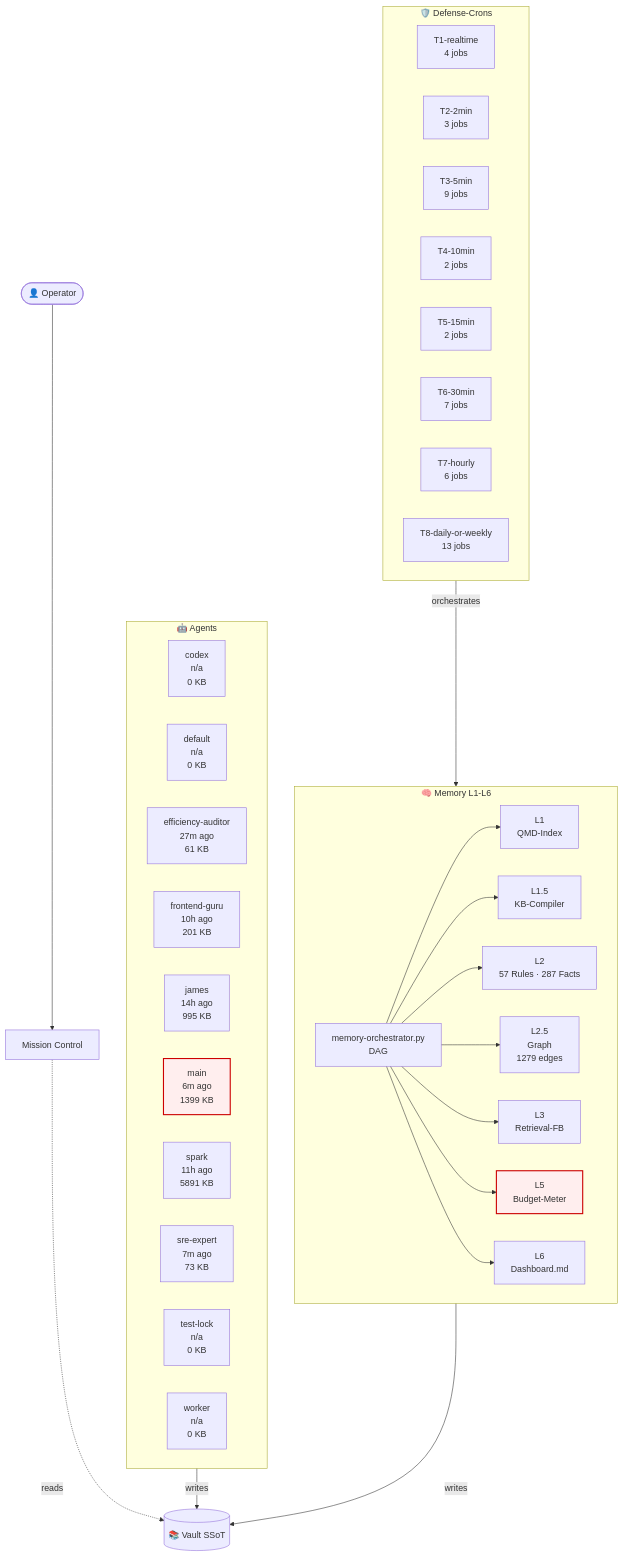
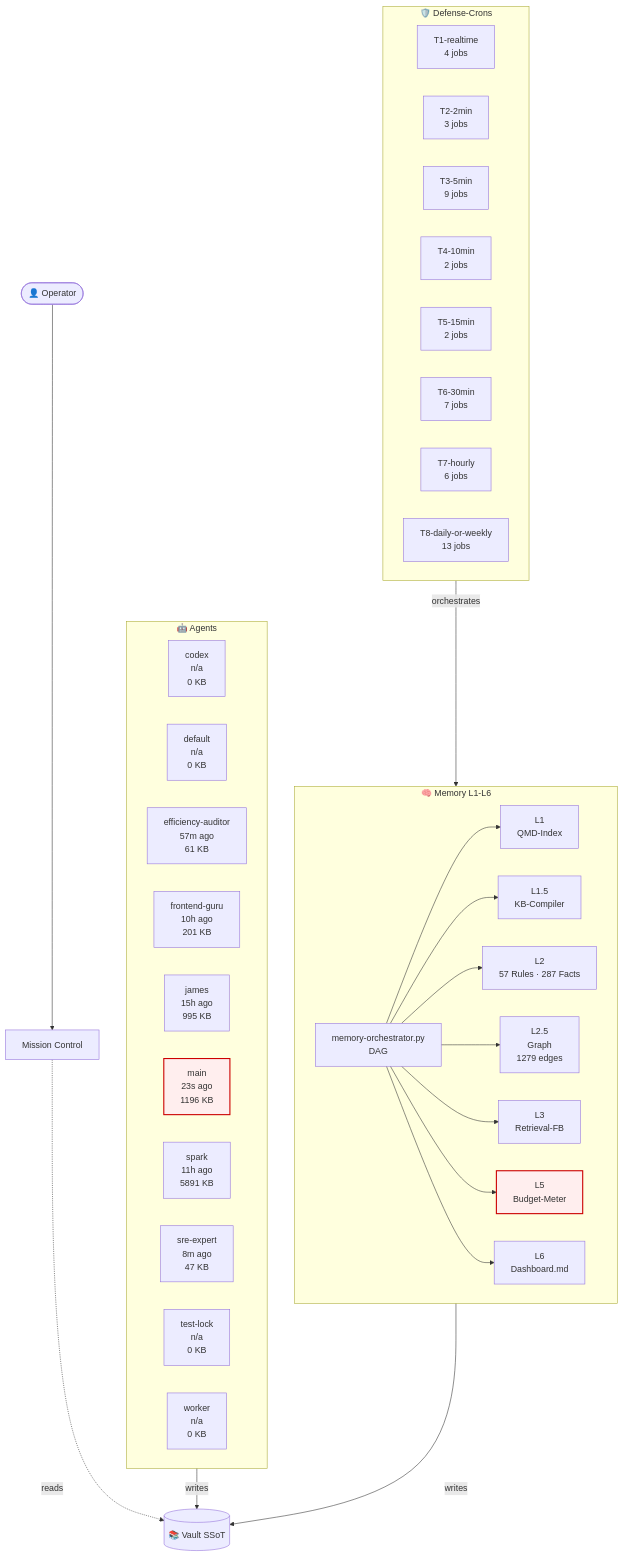
The diagram in 03-Agents/architecture-live.md (lenardhuebner88-rgb/openclaw-memory), drawn with Mermaid before and after one commit. The commit also changed other lines of this file and 5 other files, not shown here.

````diff
--- a/03-Agents/architecture-live.md
+++ b/03-Agents/architecture-live.md
@@ -18,53 +18,53 @@
 ```mermaid
 flowchart TB
     classDef critical fill:#fee,stroke:#c00,stroke-width:2px;
     subgraph AGT["🤖 Agents"]
         agent_codex["codex<br/>n/a<br/>0 KB"]
         agent_default["default<br/>n/a<br/>0 KB"]
-        agent_efficiency_auditor["efficiency-auditor<br/>27m ago<br/>61 KB"]
+        agent_efficiency_auditor["efficiency-auditor<br/>57m ago<br/>61 KB"]
         agent_frontend_guru["frontend-guru<br/>10h ago<br/>201 KB"]
-        agent_james["james<br/>14h ago<br/>995 KB"]
-        agent_main["main<br/>6m ago<br/>1399 KB"]
+        agent_james["james<br/>15h ago<br/>995 KB"]
+        agent_main["main<br/>23s ago<br/>1196 KB"]
         agent_spark["spark<br/>11h ago<br/>5891 KB"]
-        agent_sre_expert["sre-expert<br/>7m ago<br/>73 KB"]
+        agent_sre_expert["sre-expert<br/>8m ago<br/>47 KB"]
         agent_test_lock["test-lock<br/>n/a<br/>0 KB"]
         agent_worker["worker<br/>n/a<br/>0 KB"]
     end
     subgraph MEM["🧠 Memory L1-L6"]
         L1["L1<br/>QMD-Index"]
         L15["L1.5<br/>KB-Compiler"]
         L2["L2<br/>57 Rules · 287 Facts"]
         L25["L2.5<br/>Graph<br/>1279 edges"]
         L3["L3<br/>Retrieval-FB"]
         L5["L5<br/>Budget-Meter"]
         L6["L6<br/>Dashboard.md"]
         ORCH["memory-orchestrator.py<br/>DAG"]
     end
     subgraph CRN["🛡️ Defense-Crons"]
         tier_T1_realtime["T1-realtime<br/>4 jobs"]
         tier_T2_2min["T2-2min<br/>3 jobs"]
         tier_T3_5min["T3-5min<br/>9 jobs"]
         tier_T4_10min["T4-10min<br/>2 jobs"]
         tier_T5_15min["T5-15min<br/>2 jobs"]
         tier_T6_30min["T6-30min<br/>7 jobs"]
         tier_T7_hourly["T7-hourly<br/>6 jobs"]
         tier_T8_daily_or_weekly["T8-daily-or-weekly<br/>13 jobs"]
     end
     VAULT[("📚 Vault SSoT")]
     OP([👤 Operator])
     MC["Mission Control"]
     OP --> MC
     MC -.reads.-> VAULT
     AGT -->|writes| VAULT
     MEM -->|writes| VAULT
     ORCH --> L1
     ORCH --> L15
     ORCH --> L2
     ORCH --> L25
     ORCH --> L3
     ORCH --> L5
     ORCH --> L6
     CRN -->|orchestrates| MEM
     class L5 critical
     class agent_main critical
 ```
````
